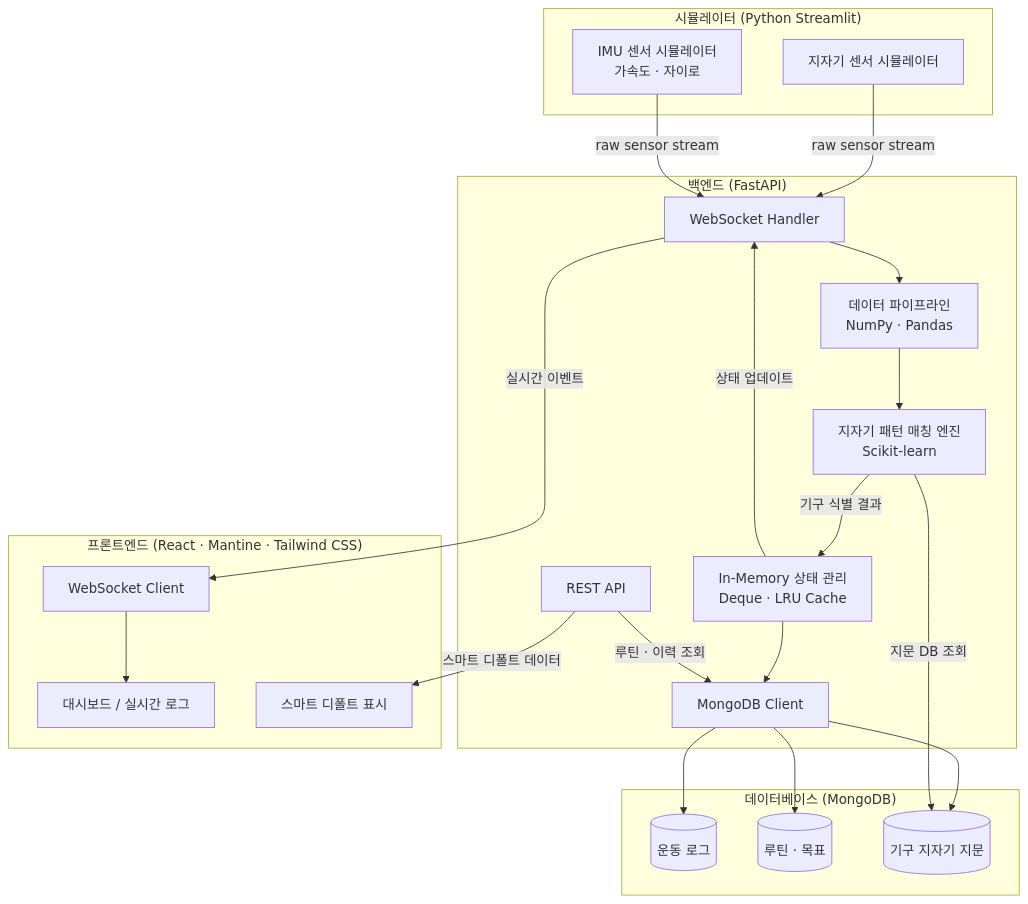
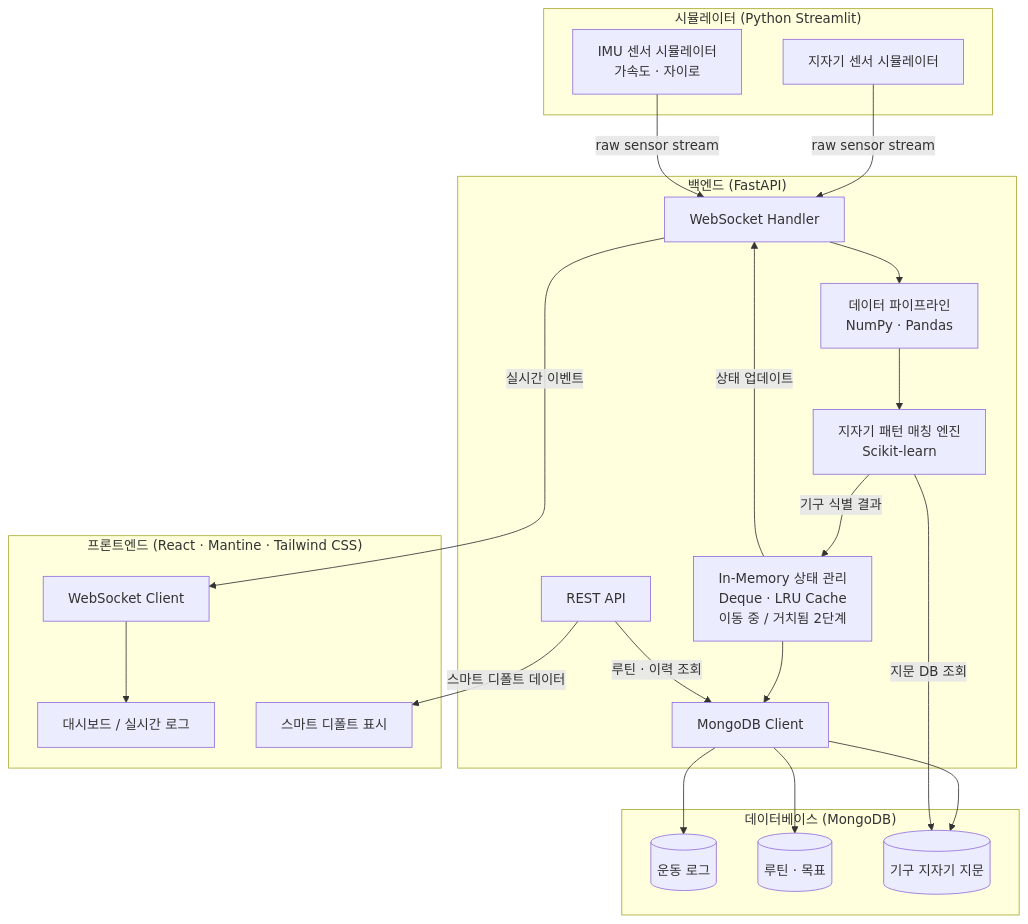
Before and after one commit to esomin/hands-free-gym-tracker: the diagram in README.md, drawn with Mermaid. The commit also changed other lines of this file and 1 other file, not shown here.

````diff
--- a/README.md
+++ b/README.md
@@ -41,48 +41,48 @@
 ```mermaid
 graph TB
     subgraph Simulator["시뮬레이터 (Python Streamlit)"]
         SIM_MAG[지자기 센서 시뮬레이터]
         SIM_IMU[IMU 센서 시뮬레이터<br/>가속도 · 자이로]
     end
 
     subgraph Backend["백엔드 (FastAPI)"]
         WS[WebSocket Handler]
         PIPE[데이터 파이프라인<br/>NumPy · Pandas]
         MAG_ENGINE[지자기 패턴 매칭 엔진<br/>Scikit-learn]
-        STATE[In-Memory 상태 관리<br/>Deque · LRU Cache]
+        STATE[In-Memory 상태 관리<br/>Deque · LRU Cache<br/>이동 중 / 거치됨 2단계]
         REST[REST API]
         DB_CLIENT[MongoDB Client]
     end
 
     subgraph Database["데이터베이스 (MongoDB)"]
         COL_LOG[(운동 로그)]
         COL_ROUTINE[(루틴 · 목표)]
         COL_GYM[(기구 지자기 지문)]
     end
 
     subgraph Frontend["프론트엔드 (React · Mantine · Tailwind CSS)"]
         UI_DASH[대시보드 / 실시간 로그]
         UI_SMART[스마트 디폴트 표시]
         WS_CLIENT[WebSocket Client]
     end
 
     SIM_MAG -->|raw sensor stream| WS
     SIM_IMU -->|raw sensor stream| WS
 
     WS --> PIPE
     PIPE --> MAG_ENGINE
     MAG_ENGINE -->|기구 식별 결과| STATE
     STATE -->|상태 업데이트| WS
     STATE --> DB_CLIENT
 
     DB_CLIENT --> COL_LOG
     DB_CLIENT --> COL_ROUTINE
     DB_CLIENT --> COL_GYM
 
     REST -->|루틴 · 이력 조회| DB_CLIENT
     MAG_ENGINE -->|지문 DB 조회| COL_GYM
 
     WS -->|실시간 이벤트| WS_CLIENT
     WS_CLIENT --> UI_DASH
     REST -->|스마트 디폴트 데이터| UI_SMART
 ```
````
